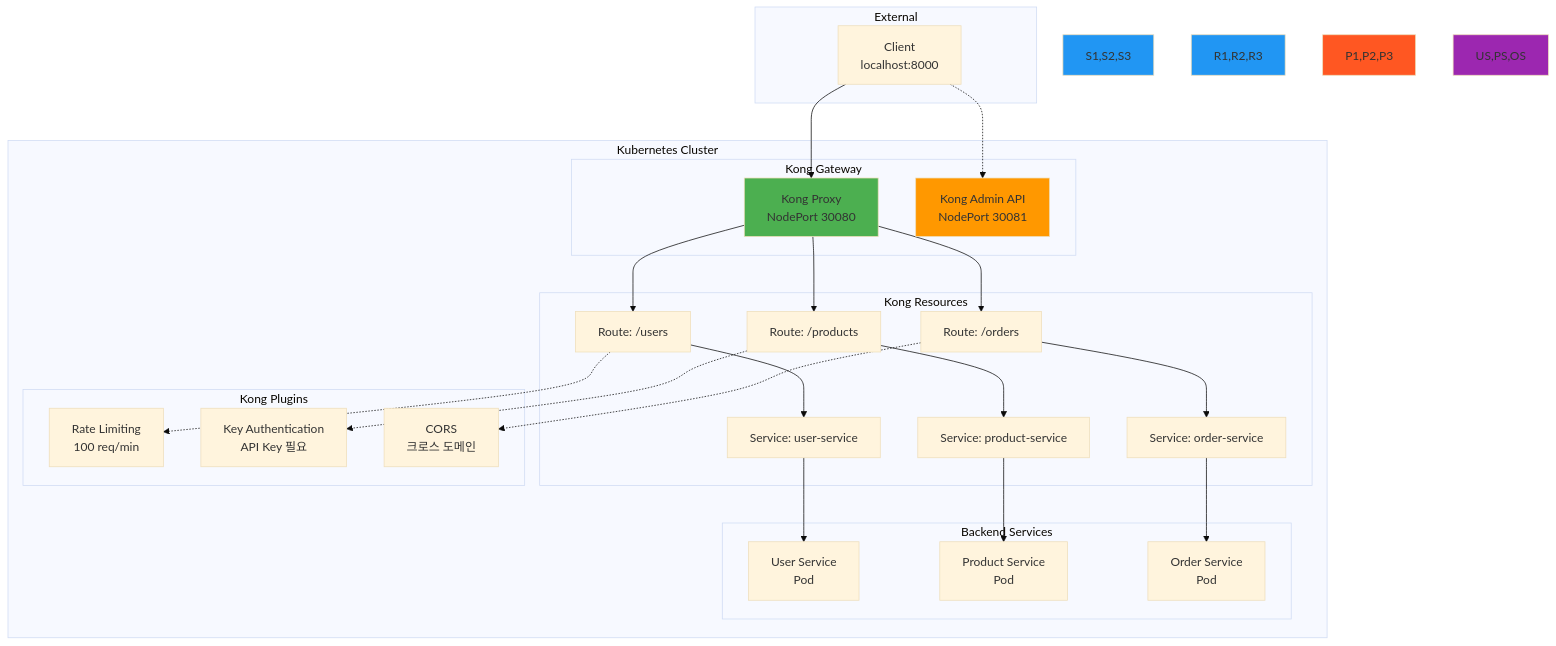
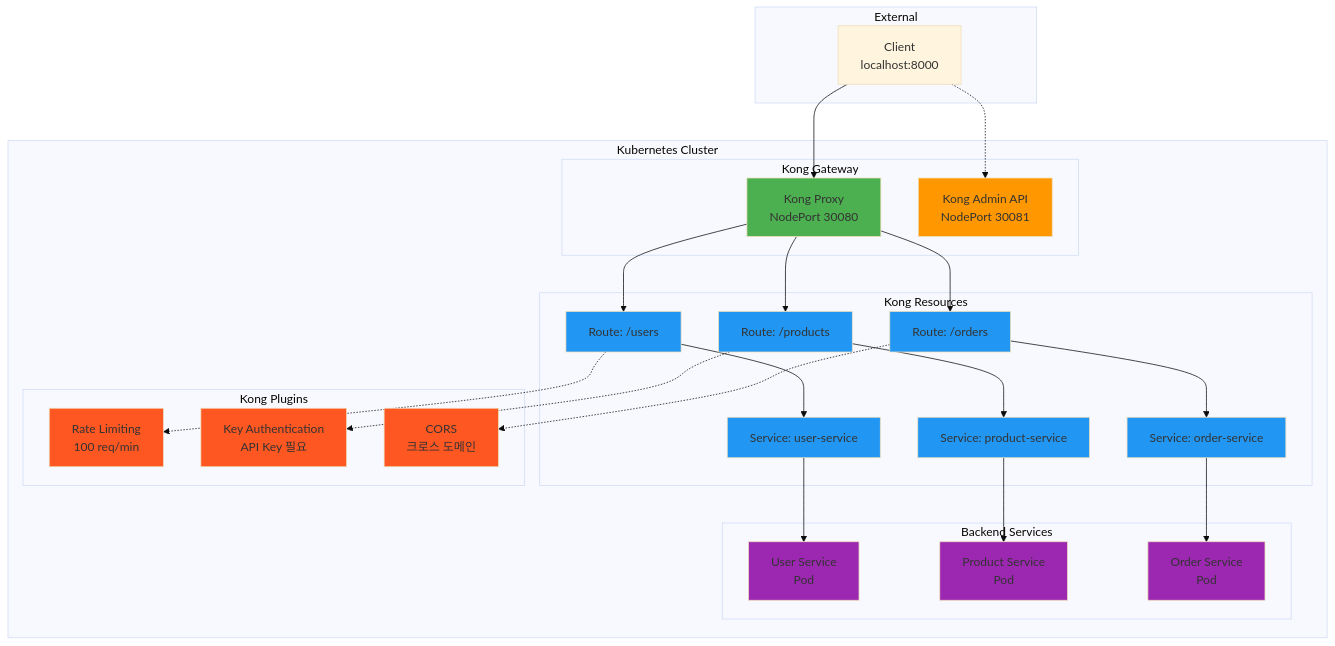
Before and after one commit to niceguy61/kdt_devops_lecture_2025: the diagram in theory/week_04/day2/lab_1.md, drawn with Mermaid (base theme).

````diff
--- a/theory/week_04/day2/lab_1.md
+++ b/theory/week_04/day2/lab_1.md
@@ -37,53 +37,61 @@
 ```mermaid
 graph TB
     subgraph "External"
         C[Client<br/>localhost:8000]
     end
     
     subgraph "Kubernetes Cluster"
         subgraph "Kong Gateway"
             KP[Kong Proxy<br/>NodePort 30080]
             KA[Kong Admin API<br/>NodePort 30081]
         end
         
         subgraph "Kong Resources"
             S1[Service: user-service]
             S2[Service: product-service]
             S3[Service: order-service]
             
             R1[Route: /users]
             R2[Route: /products]
             R3[Route: /orders]
         end
         
         subgraph "Kong Plugins"
             P1[Rate Limiting<br/>100 req/min]
             P2[Key Authentication<br/>API Key 필요]
             P3[CORS<br/>크로스 도메인]
         end
         
         subgraph "Backend Services"
             US[User Service<br/>Pod]
             PS[Product Service<br/>Pod]
             OS[Order Service<br/>Pod]
         end
     end
     
     C --> KP
     C -.-> KA
     
     KP --> R1 --> S1 --> US
     KP --> R2 --> S2 --> PS
     KP --> R3 --> S3 --> OS
     
     R1 -.-> P1
     R2 -.-> P2
     R3 -.-> P3
     
     style KP fill:#4caf50
     style KA fill:#ff9800
-    style S1,S2,S3 fill:#2196f3
-    style R1,R2,R3 fill:#2196f3
-    style P1,P2,P3 fill:#ff5722
-    style US,PS,OS fill:#9c27b0
+    style S1 fill:#2196f3
+    style S2 fill:#2196f3
+    style S3 fill:#2196f3
+    style R1 fill:#2196f3
+    style R2 fill:#2196f3
+    style R3 fill:#2196f3
+    style P1 fill:#ff5722
+    style P2 fill:#ff5722
+    style P3 fill:#ff5722
+    style US fill:#9c27b0
+    style PS fill:#9c27b0
+    style OS fill:#9c27b0
 ```
````
